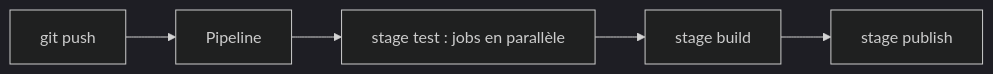
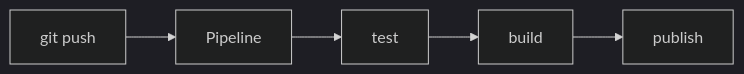
The diagram in 03 — Concepts/Pipeline GitLab CI.md (galsen-76/Informatique-), drawn with Mermaid (dark theme) before and after one commit. The commit also changed 10 other files, not shown here.

First line of the commit message:
Concepts : diagrammes Mermaid raccourcis pour tenir en largeur

````diff
--- a/03 — Concepts/Pipeline GitLab CI.md
+++ b/03 — Concepts/Pipeline GitLab CI.md
@@ -40,5 +40,5 @@
 ```mermaid
 flowchart LR
   P[git push] --> PL[Pipeline]
-  PL --> S1[stage test : jobs en parallèle] --> S2[stage build] --> S3[stage publish]
+  PL --> S1[test] --> S2[build] --> S3[publish]
 ```
````
